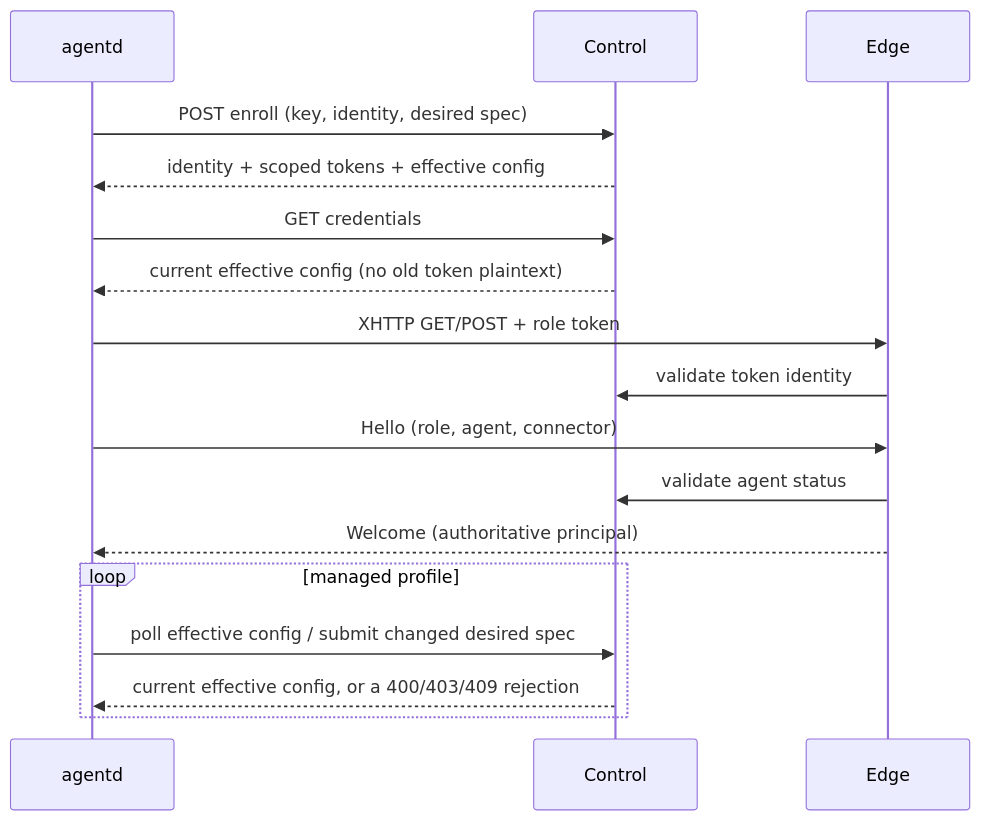
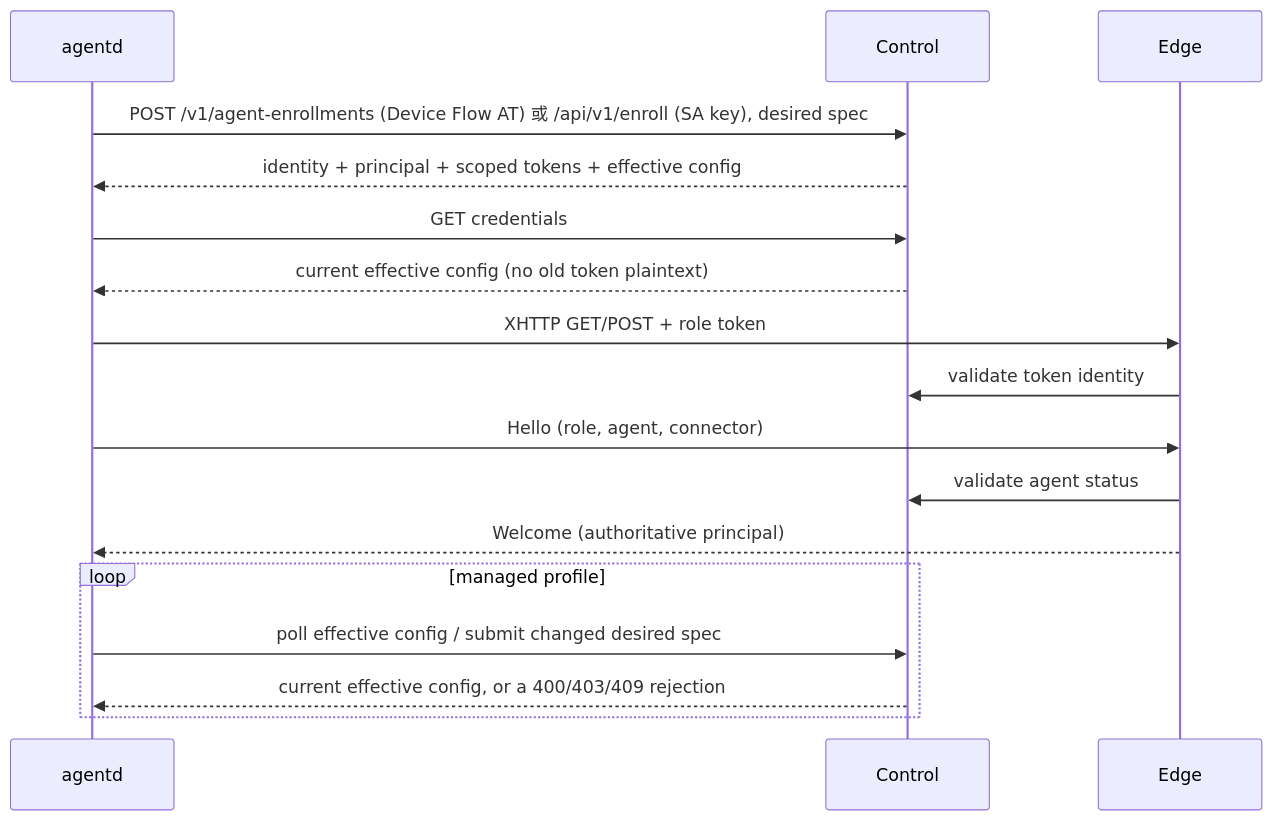
The second of 2 diagrams in docs/backend-implementation.md (Bit-Precise/agents), drawn with Mermaid before and after one commit. The commit also changed other lines of this file and 78 other files, not shown here.

````diff
--- a/docs/backend-implementation.md
+++ b/docs/backend-implementation.md
@@ -61,19 +65,19 @@
 ```mermaid
 sequenceDiagram
     participant D as agentd
     participant C as Control
     participant E as Edge
-    D->>C: POST enroll (key, identity, desired spec)
-    C-->>D: identity + scoped tokens + effective config
+    D->>C: POST /v1/agent-enrollments (Device Flow AT) 或 /api/v1/enroll (SA key), desired spec
+    C-->>D: identity + principal + scoped tokens + effective config
     D->>C: GET credentials
     C-->>D: current effective config (no old token plaintext)
     D->>E: XHTTP GET/POST + role token
     E->>C: validate token identity
     D->>E: Hello (role, agent, connector)
     E->>C: validate agent status
     E-->>D: Welcome (authoritative principal)
     loop managed profile
         D->>C: poll effective config / submit changed desired spec
         C-->>D: current effective config, or a 400/403/409 rejection
     end
 ```
````
